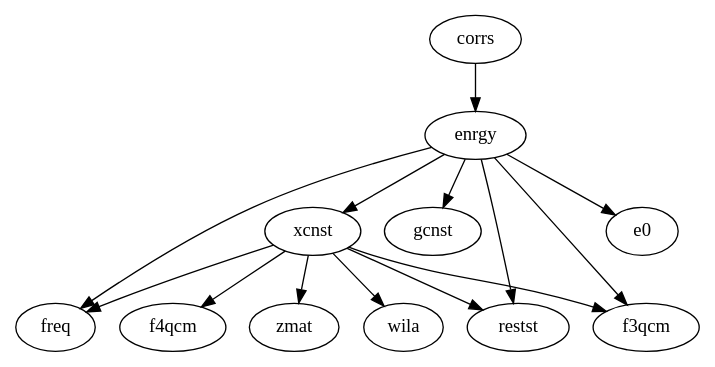
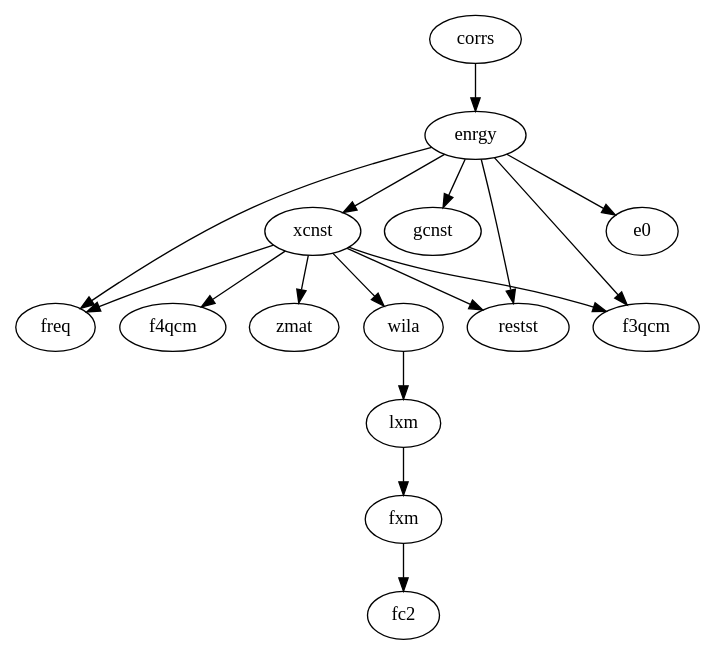
The diagram in flow/corrs.gv (ntBre/spectro), drawn with Graphviz before and after one commit. The commit also changed 1 other file, not shown here.

Commit message:
extend corrs flow to prepare debugging zeta tomorrow

```diff
--- a/flow/corrs.gv
+++ b/flow/corrs.gv
@@ -1,8 +1,11 @@
 // for debugging mismatches in `corrs` - fully-resonance-corrected anharmonic
-// vibrational frequencies
+// vibrational frequencies. the arrows are the dependencies in this case, not
+// the flow of information
 
 digraph symm_tops {
 	corrs -> enrgy;
 	enrgy -> {freq xcnst gcnst restst f3qcm e0};
 	xcnst -> {freq f4qcm f3qcm zmat restst wila};
+
+	wila -> lxm -> fxm -> fc2;
 }
```
